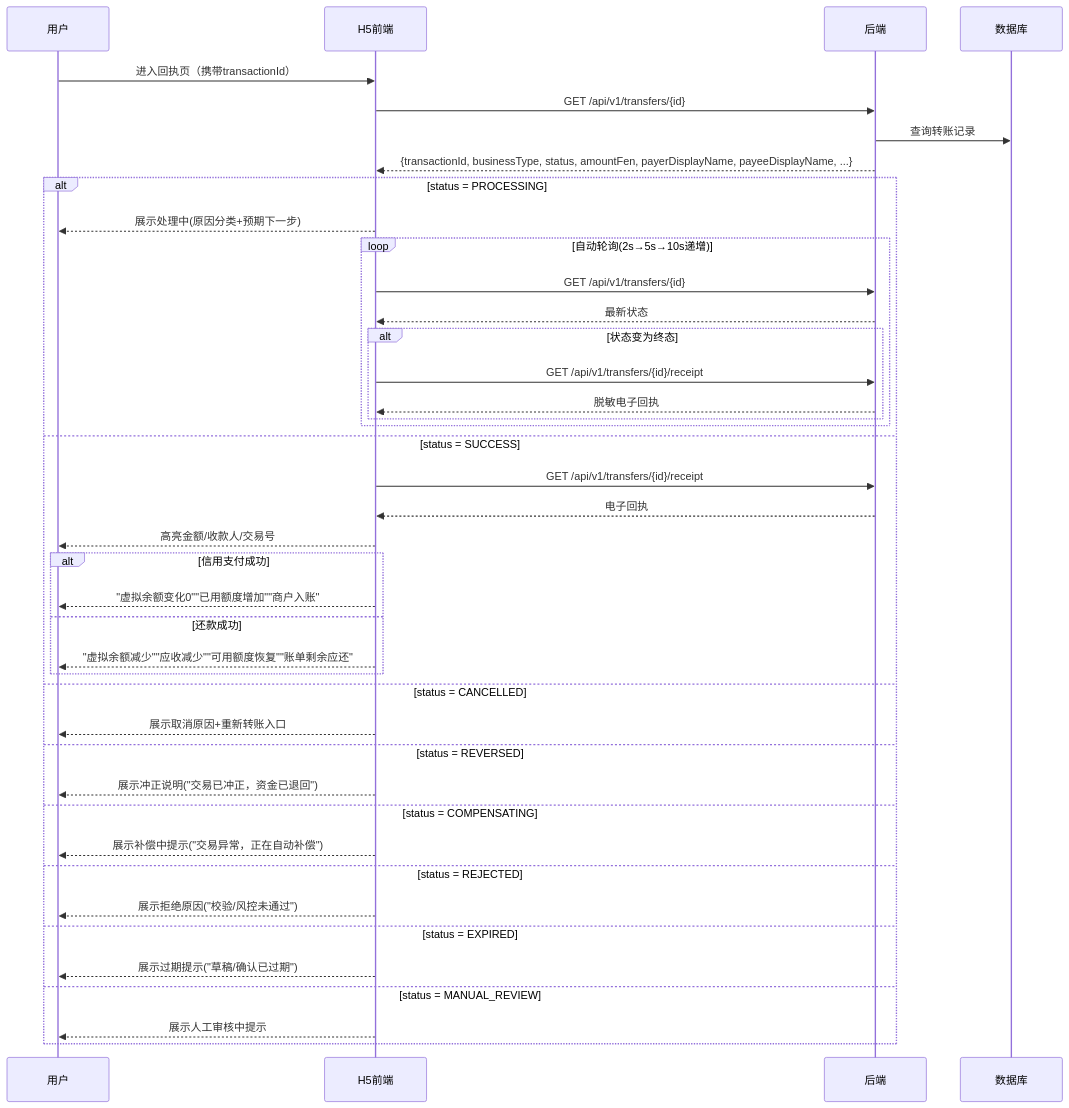
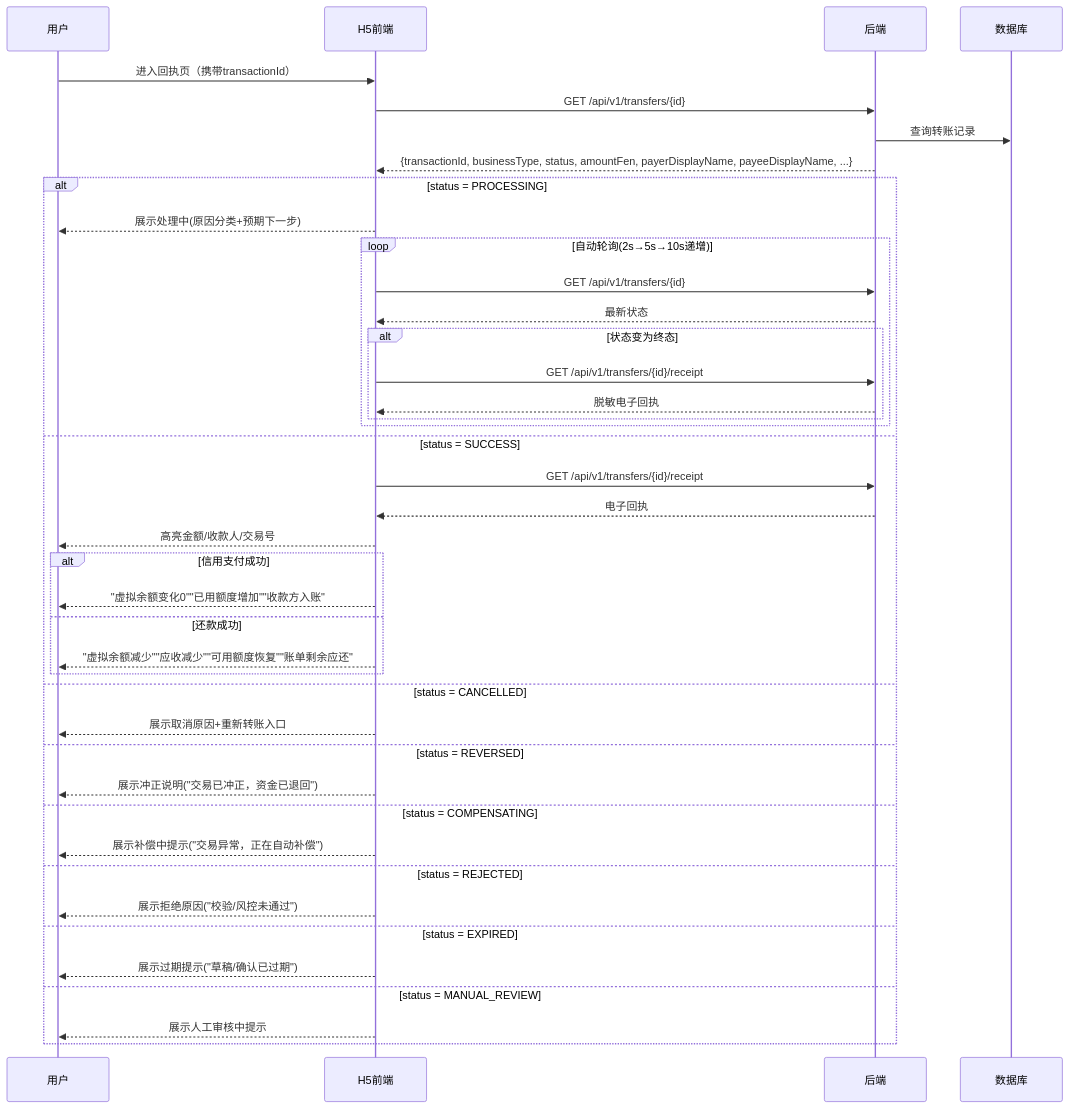
The tenth of 36 diagrams in docs/minialalipay/miniaialipay -frontend-system-analysis.md (JN6565/MiniAlalipay), drawn with Mermaid before and after one commit. The commit also changed other lines of this file and 5 other files, not shown here.

````diff
--- a/docs/minialalipay/miniaialipay -frontend-system-analysis.md
+++ b/docs/minialalipay/miniaialipay -frontend-system-analysis.md
@@ -861,44 +883,44 @@
 ```mermaid
 sequenceDiagram
     participant U as 用户
     participant FE as H5前端
     participant BE as 后端
     participant DB as 数据库
 
     U->>FE: 进入回执页（携带transactionId）
     FE->>BE: GET /api/v1/transfers/{id}
     BE->>DB: 查询转账记录
     BE-->>FE: {transactionId, businessType, status, amountFen, payerDisplayName, payeeDisplayName, ...}
     alt status = PROCESSING
         FE-->>U: 展示处理中(原因分类+预期下一步)
         loop 自动轮询(2s→5s→10s递增)
             FE->>BE: GET /api/v1/transfers/{id}
             BE-->>FE: 最新状态
             alt 状态变为终态
                 FE->>BE: GET /api/v1/transfers/{id}/receipt
                 BE-->>FE: 脱敏电子回执
             end
         end
     else status = SUCCESS
         FE->>BE: GET /api/v1/transfers/{id}/receipt
         BE-->>FE: 电子回执
         FE-->>U: 高亮金额/收款人/交易号
         alt 信用支付成功
-            FE-->>U: "虚拟余额变化0""已用额度增加""商户入账"
+            FE-->>U: "虚拟余额变化0""已用额度增加""收款方入账"
         else 还款成功
             FE-->>U: "虚拟余额减少""应收减少""可用额度恢复""账单剩余应还"
         end
     else status = CANCELLED
         FE-->>U: 展示取消原因+重新转账入口
     else status = REVERSED
         FE-->>U: 展示冲正说明("交易已冲正，资金已退回")
     else status = COMPENSATING
         FE-->>U: 展示补偿中提示("交易异常，正在自动补偿")
     else status = REJECTED
         FE-->>U: 展示拒绝原因("校验/风控未通过")
     else status = EXPIRED
         FE-->>U: 展示过期提示("草稿/确认已过期")
     else status = MANUAL_REVIEW
         FE-->>U: 展示人工审核中提示
     end
 ```
````
